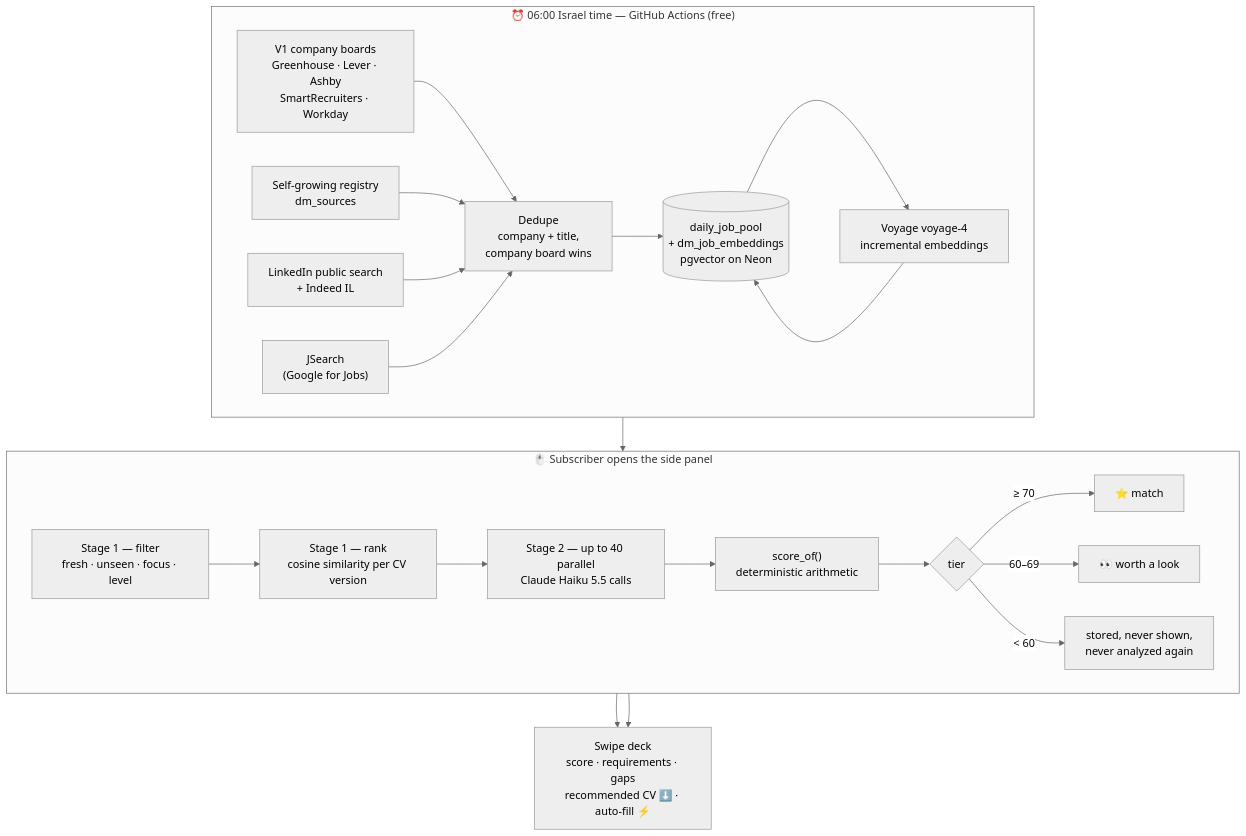
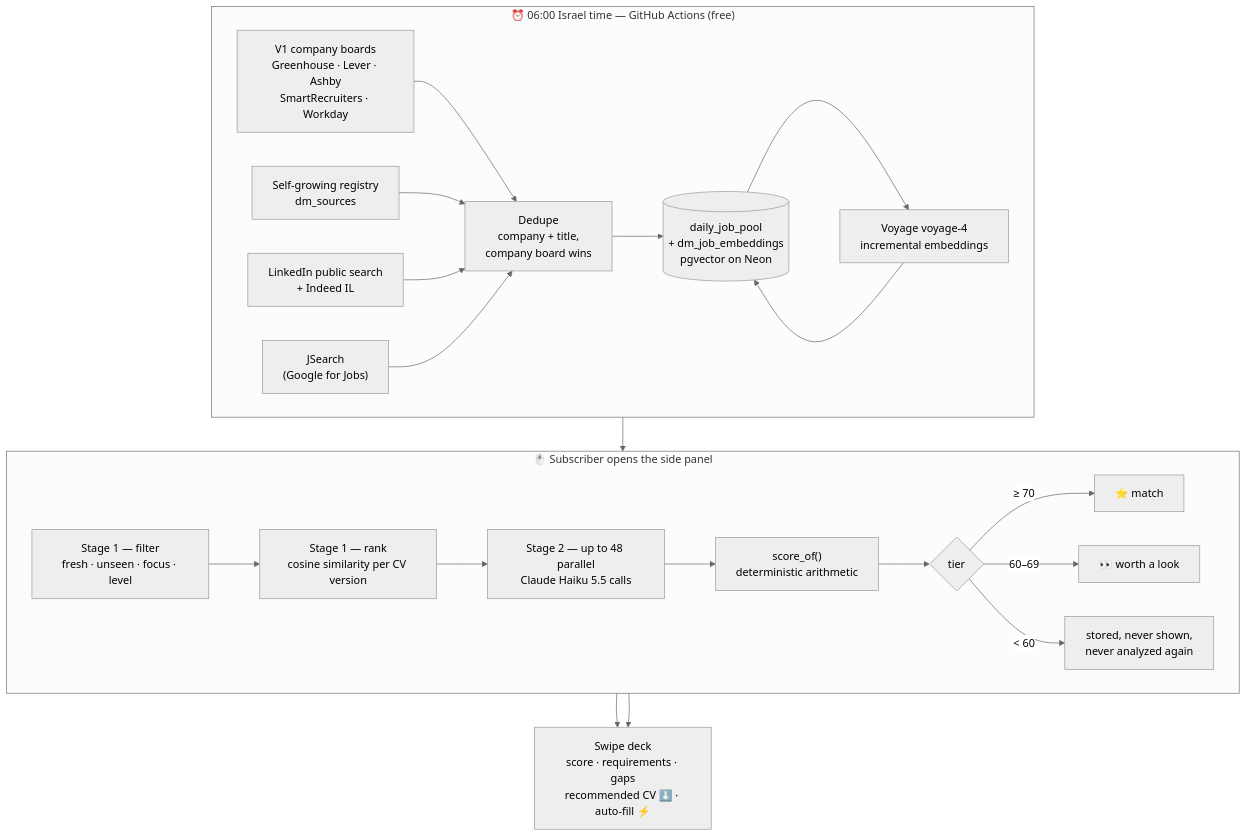
One commit to chanafroind-sys/job-match-ai-extension changed the second of 8 diagrams in README.md. Above: the diagram before and after it, drawn with Mermaid (neutral theme). The commit also changed other lines of this file and 9 other files, not shown here.

````diff
--- a/README.md
+++ b/README.md
@@ -247,30 +247,30 @@
 ```mermaid
 flowchart TB
     subgraph Morning["⏰ 06:00 Israel time — GitHub Actions (free)"]
         direction LR
         S1["V1 company boards<br/>Greenhouse · Lever · Ashby<br/>SmartRecruiters · Workday"]
         S2["Self-growing registry<br/>dm_sources"]
         S3["LinkedIn public search<br/>+ Indeed IL"]
         S4["JSearch<br/>(Google for Jobs)"]
         D["Dedupe<br/>company + title,<br/>company board wins"]
         E["Voyage voyage-4<br/>incremental embeddings"]
         S1 & S2 & S3 & S4 --> D --> P[("daily_job_pool<br/>+ dm_job_embeddings<br/>pgvector on Neon")]
         P --> E --> P
     end
 
     subgraph Click["🖱️ Subscriber opens the side panel"]
         direction LR
         F["Stage 1 — filter<br/>fresh · unseen · focus · level"]
         V["Stage 1 — rank<br/>cosine similarity per CV version"]
-        L["Stage 2 — up to 40 parallel<br/>Claude Haiku 5.5 calls"]
+        L["Stage 2 — up to 48 parallel<br/>Claude Haiku 5.5 calls"]
         C["score_of()<br/>deterministic arithmetic"]
         T{"tier"}
         F --> V --> L --> C --> T
         T -->|"≥ 70"| Strong["⭐ match"]
         T -->|"60–69"| Maybe["👀 worth a look"]
         T -->|"< 60"| Hidden["stored, never shown,<br/>never analyzed again"]
     end
 
     P --> F
     Strong & Maybe --> Deck["Swipe deck<br/>score · requirements · gaps<br/>recommended CV ⬇️ · auto-fill ⚡"]
 ```
````
